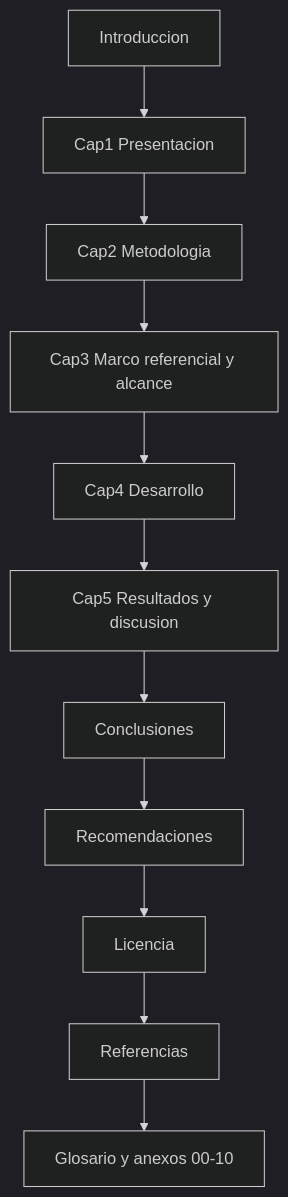
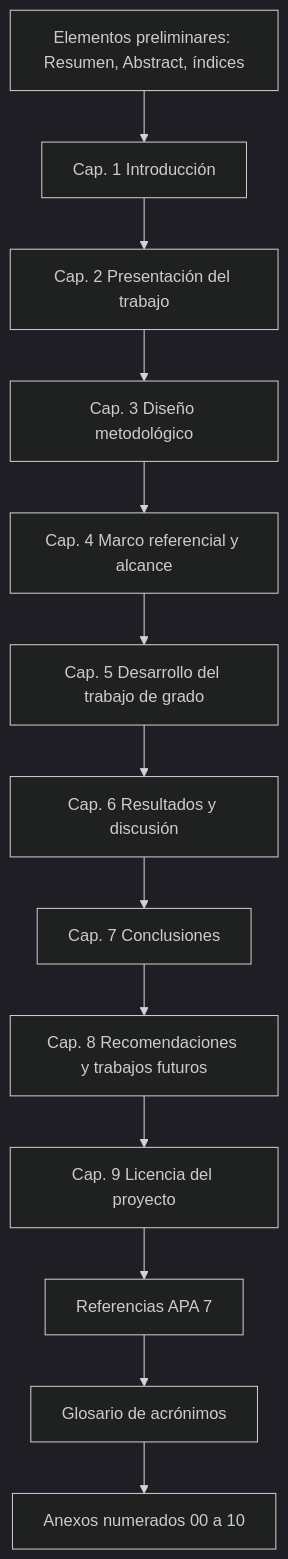
The first of 15 diagrams in 01 - Escuela Pass/docs/tdg/prompts-imagenes-ia.md (UJohnnyU/EscuelaPass---Seguridad-Institucional), drawn with Mermaid (dark theme) before and after one commit. The commit also changed other lines of this file and 8 other files, not shown here.

First line of the commit message:
docs(tdg): guía prompts v2, maestro v2 y Fig. 7 por RF

````diff
--- a/01 - Escuela Pass/docs/tdg/prompts-imagenes-ia.md
+++ b/01 - Escuela Pass/docs/tdg/prompts-imagenes-ia.md
@@ -11,13 +117,15 @@
 ```mermaid
 flowchart TD
-    A[Introduccion] --> B[Cap1 Presentacion]
-    B --> C[Cap2 Metodologia]
-    C --> D[Cap3 Marco referencial y alcance]
-    D --> E[Cap4 Desarrollo]
-    E --> F[Cap5 Resultados y discusion]
-    F --> G[Conclusiones]
-    G --> H[Recomendaciones]
-    H --> I[Licencia]
-    I --> J[Referencias]
-    J --> K[Glosario y anexos 00-10]
+  PRE[Elementos preliminares: Resumen, Abstract, índices] --> C1[Cap. 1 Introducción]
+  C1 --> C2[Cap. 2 Presentación del trabajo]
+  C2 --> C3[Cap. 3 Diseño metodológico]
+  C3 --> C4[Cap. 4 Marco referencial y alcance]
+  C4 --> C5[Cap. 5 Desarrollo del trabajo de grado]
+  C5 --> C6[Cap. 6 Resultados y discusión]
+  C6 --> C7[Cap. 7 Conclusiones]
+  C7 --> C8[Cap. 8 Recomendaciones y trabajos futuros]
+  C8 --> C9[Cap. 9 Licencia del proyecto]
+  C9 --> REF[Referencias APA 7]
+  REF --> GLO[Glosario de acrónimos]
+  GLO --> AN[Anexos numerados 00 a 10]
 ```
````
